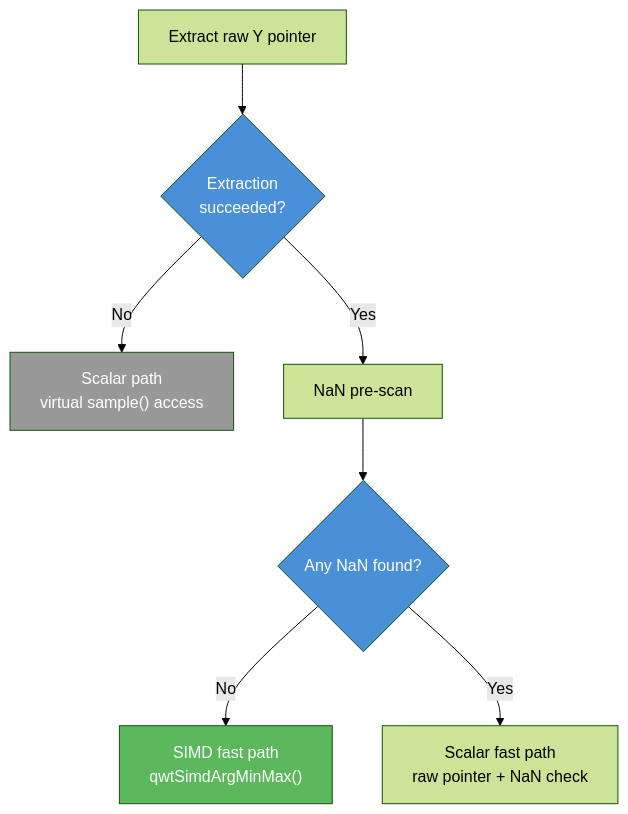
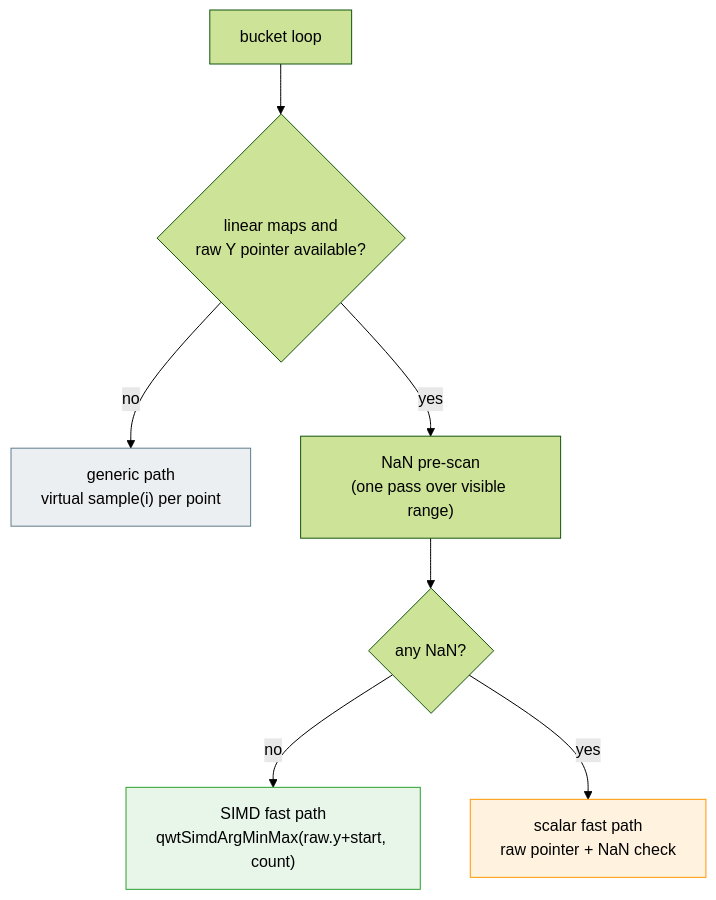
One commit to czyt1988/QWT changed the second of 3 diagrams in docs/use-guide/curve-downsampling.md. Above: the diagram before and after it, drawn with Mermaid (forest theme). The commit also changed other lines of this file and 20 other files, not shown here.

````diff
--- a/docs/use-guide/curve-downsampling.md
+++ b/docs/use-guide/curve-downsampling.md
@@ -306,14 +321,13 @@
 ```mermaid
 flowchart TD
-    A["Extract raw Y pointer"] --> B{"Extraction\nsucceeded?"}
-    B -->|No| G["Scalar path\nvirtual sample() access"]
-    B -->|Yes| C["NaN pre-scan"]
-    C --> D{"Any NaN found?"}
-    D -->|No| E["SIMD fast path\nqwtSimdArgMinMax()"]
-    D -->|Yes| F["Scalar fast path\nraw pointer + NaN check"]
+    A["bucket loop"] --> B{"linear maps and<br/>raw Y pointer available?"}
+    B -->|"no"| C["generic path<br/>virtual sample(i) per point"]
+    B -->|"yes"| D["NaN pre-scan<br/>(one pass over visible range)"]
+    D --> E{"any NaN?"}
+    E -->|"no"| F["SIMD fast path<br/>qwtSimdArgMinMax(raw.y+start, count)"]
+    E -->|"yes"| G["scalar fast path<br/>raw pointer + NaN check"]
 
-    style B fill:#4a90d9,color:#fff
-    style D fill:#4a90d9,color:#fff
-    style E fill:#5cb85c,color:#fff
-    style G fill:#999,color:#fff
+    style F fill:#e8f5e9,stroke:#2ca02c
+    style G fill:#fff3e0,stroke:#ff9800
+    style C fill:#eceff1,stroke:#607d8b
 ```
````
